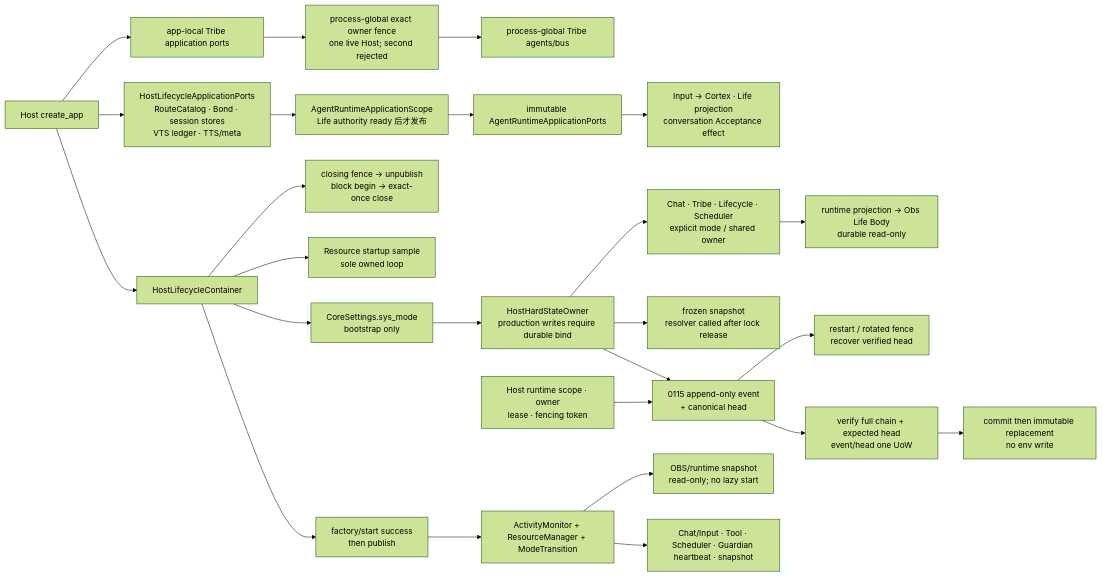
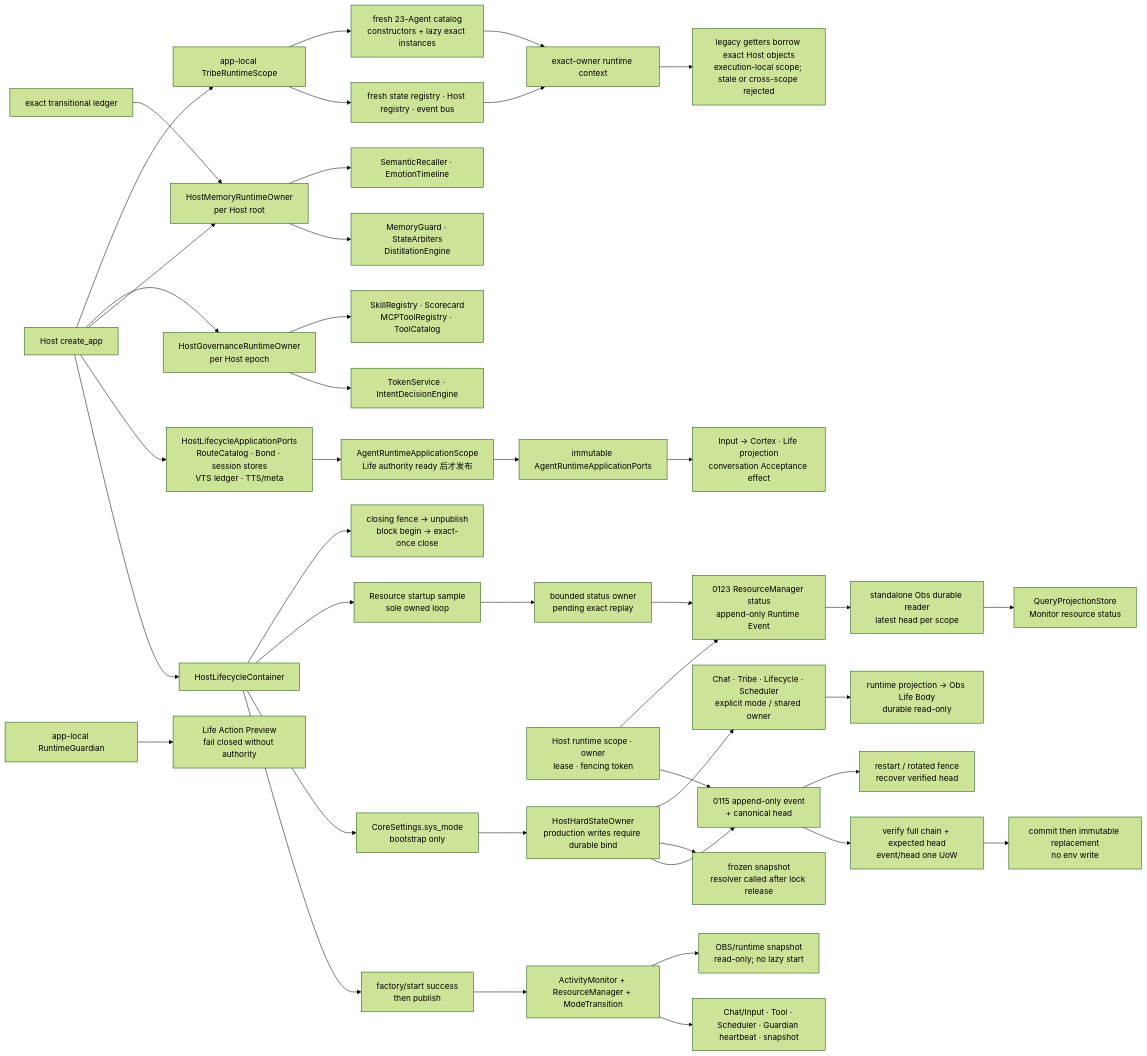
One commit to SakuraYoruno/Natsume_Ai changed the fifth of 18 diagrams in docs/50_project/arch/DATA_FLOW_ARCHITECTURE.md. Above: the diagram before and after it, drawn with Mermaid (forest theme). The commit also changed other lines of this file and 240 other files, not shown here.

````diff
--- a/docs/50_project/arch/DATA_FLOW_ARCHITECTURE.md
+++ b/docs/50_project/arch/DATA_FLOW_ARCHITECTURE.md
@@ -192,27 +221,43 @@
 ```mermaid
 flowchart LR
     ASGI["Host create_app"] --> Container["HostLifecycleContainer"]
     ASGI --> HostBundle["HostLifecycleApplicationPorts\nRouteCatalog · Bond · session stores\nVTS ledger · TTS/meta"]
+    ASGI --> MemoryOwner["HostMemoryRuntimeOwner\nper Host root"]
+    ASGI --> GovernanceOwner["HostGovernanceRuntimeOwner\nper Host epoch"]
+    Ledger["exact transitional ledger"] --> MemoryOwner
+    MemoryOwner --> MemoryState["MemoryGuard · StateArbiters\nDistillationEngine"]
+    MemoryOwner --> MemoryRead["SemanticRecaller · EmotionTimeline"]
+    GovernanceOwner --> Decision["TokenService · IntentDecisionEngine"]
+    GovernanceOwner --> Discovery["SkillRegistry · Scorecard\nMCPToolRegistry · ToolCatalog"]
+    Guardian["app-local RuntimeGuardian"] --> Preview["Life Action Preview\nfail closed without authority"]
     HostBundle --> AgentScope["AgentRuntimeApplicationScope\nLife authority ready 后才发布"]
     AgentScope --> AgentPorts["immutable AgentRuntimeApplicationPorts"]
     AgentPorts --> AgentConsumers["Input → Cortex · Life projection\nconversation Acceptance effect"]
     Container --> Start["factory/start success\nthen publish"]
     Start --> Services["ActivityMonitor + ResourceManager + ModeTransition"]
     Container --> Bootstrap["CoreSettings.sys_mode\nbootstrap only"]
     Bootstrap --> HardState["HostHardStateOwner\nproduction writes require durable bind"]
     Lease["Host runtime scope · owner\nlease · fencing token"] --> Journal["0115 append-only event\n+ canonical head"]
+    Lease --> ResourceJournal["0123 ResourceManager status\nappend-only Runtime Event"]
     HardState --> Journal
     Journal --> CAS["verify full chain + expected head\nevent/head one UoW"]
     CAS --> ModeChange["commit then immutable replacement\nno env write"]
     Journal --> Restart["restart / rotated fence\nrecover verified head"]
     HardState --> Endocrine["frozen snapshot\nresolver called after lock release"]
     HardState --> ModeReaders["Chat · Tribe · Lifecycle · Scheduler\nexplicit mode / shared owner"]
     ModeReaders --> DurableProjection["runtime projection → Obs Life Body\ndurable read-only"]
     Services --> Readers["Chat/Input · Tool · Scheduler · Guardian heartbeat · snapshot"]
     Services --> Snapshot["OBS/runtime snapshot\nread-only; no lazy start"]
     Container --> ResourceLoop["Resource startup sample\nsole owned loop"]
-    ASGI --> TribePorts["app-local Tribe application ports"]
-    TribePorts --> TribeFence["process-global exact owner fence\none live Host; second rejected"]
-    TribeFence --> TribeGlobal["process-global Tribe agents/bus"]
+    ResourceLoop --> StatusOwner["bounded status owner\npending exact replay"]
+    StatusOwner --> ResourceJournal
+    ResourceJournal --> ObsJob["standalone Obs durable reader\nlatest head per scope"]
+    ObsJob --> ResourceProjection["QueryProjectionStore\nMonitor resource status"]
+    ASGI --> TribeScope["app-local TribeRuntimeScope"]
+    TribeScope --> TribeShared["fresh state registry · Host registry · event bus"]
+    TribeScope --> AgentCatalog["fresh 23-Agent catalog\nconstructors + lazy exact instances"]
+    TribeShared --> TribeContext["exact-owner runtime context"]
+    AgentCatalog --> TribeContext
+    TribeContext --> TribeAgents["legacy getters borrow exact Host objects\nexecution-local scope; stale or cross-scope rejected"]
     Container --> Close["closing fence → unpublish\nblock begin → exact-once close"]
 ```
````
